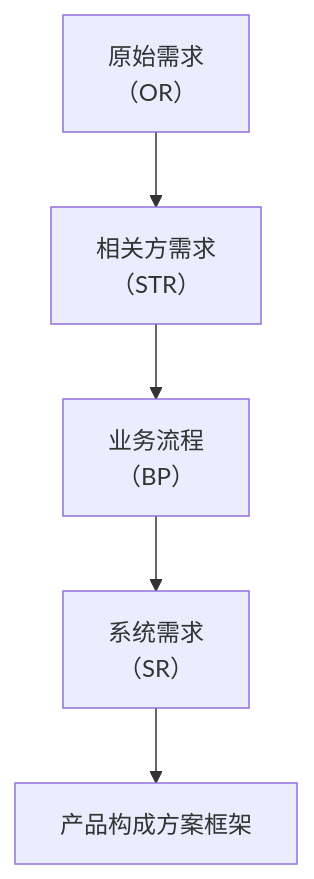
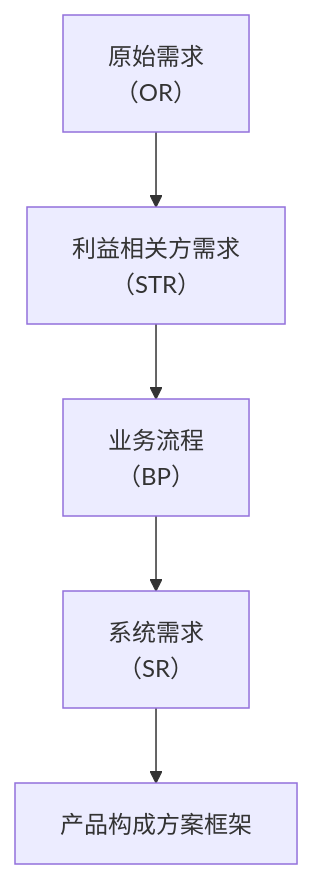
Before and after one commit to Yongjunzhou/AOS-system-design: the third of 5 diagrams in 100-subprojects/01-系统工程研究/03-架构师是个怎样的物种/06-第6章-设计开发落地-需求与方案结对.md, drawn with Mermaid. The commit also changed other lines of this file and 15 other files, not shown here.

````diff
--- a/100-subprojects/01-系统工程研究/03-架构师是个怎样的物种/06-第6章-设计开发落地-需求与方案结对.md
+++ b/100-subprojects/01-系统工程研究/03-架构师是个怎样的物种/06-第6章-设计开发落地-需求与方案结对.md
@@ -833,7 +835,7 @@
 ```mermaid
 flowchart TD
-    OR["原始需求<br/>（OR）"] --> STR["相关方需求<br/>（STR）"]
+    OR["原始需求<br/>（OR）"] --> STR["利益相关方需求<br/>（STR）"]
     STR --> BP["业务流程<br/>（BP）"]
     BP --> SR["系统需求<br/>（SR）"]
     SR --> PA["产品构成方案框架"]
 ```
````
